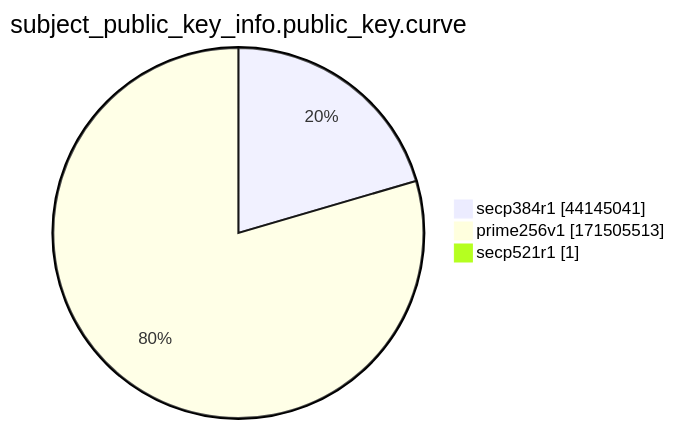
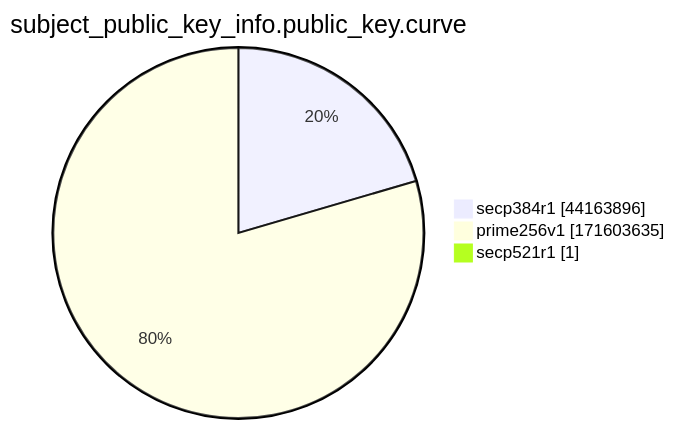
The ninth of 15 diagrams in xenon2022/README.md (christiankrug/ctmonitor_visualization), drawn with Mermaid before and after one commit. The commit also changed other lines of this file, not shown here.

````diff
--- a/xenon2022/README.md
+++ b/xenon2022/README.md
@@ -2871,7 +2871,7 @@
 ```mermaid
 pie showData
 title subject_public_key_info.public_key.curve
-"secp384r1" :44145041
-"prime256v1" :171505513
+"secp384r1" :44163896
+"prime256v1" :171603635
 "secp521r1" :1
 ```
````
